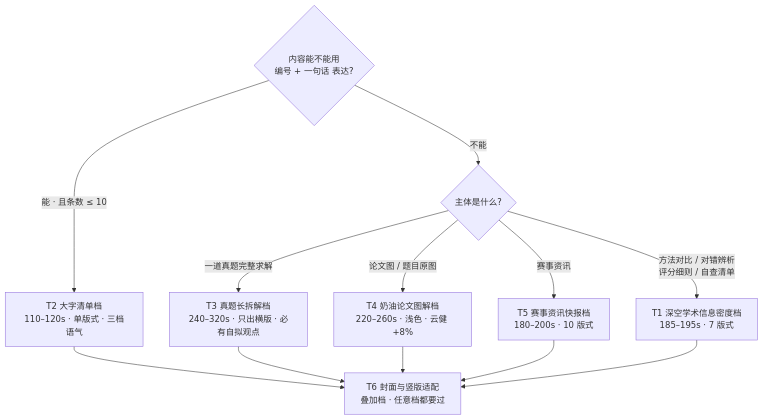
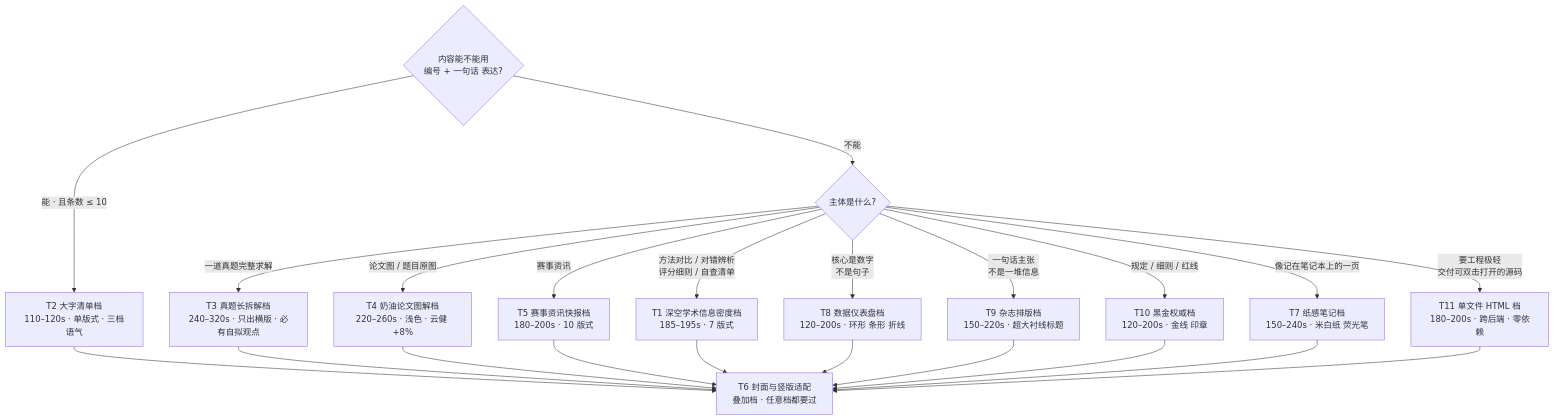
The third of 9 diagrams in docs/flowcharts.md (SpenBug/mcm-video-pipeline), drawn with Mermaid before and after one commit. The commit also changed other lines of this file and 27 other files, not shown here.

First line of the commit message:
feat: 新增 T11 单文件 HTML + GSAP 档（跨后端）+ 更新说明

````diff
--- a/docs/flowcharts.md
+++ b/docs/flowcharts.md
@@ -113,17 +117,27 @@
 ```mermaid
 flowchart TD
     Q0{"内容能不能用<br/>编号 + 一句话 表达?"}
     Q0 -->|"能 · 且条数 ≤ 10"| T2["T2 大字清单档<br/>110–120s · 单版式 · 三档语气"]
     Q0 -->|"不能"| Q1{"主体是什么?"}
 
     Q1 -->|"一道真题完整求解"| T3["T3 真题长拆解档<br/>240–320s · 只出横版 · 必有自拟观点"]
     Q1 -->|"论文图 / 题目原图"| T4["T4 奶油论文图解档<br/>220–260s · 浅色 · 云健 +8%"]
     Q1 -->|"赛事资讯"| T5["T5 赛事资讯快报档<br/>180–200s · 10 版式"]
     Q1 -->|"方法对比 / 对错辨析<br/>评分细则 / 自查清单"| T1["T1 深空学术信息密度档<br/>185–195s · 7 版式"]
+    Q1 -->|"核心是数字<br/>不是句子"| T8["T8 数据仪表盘档<br/>120–200s · 环形 条形 折线"]
+    Q1 -->|"一句话主张<br/>不是一堆信息"| T9["T9 杂志排版档<br/>150–220s · 超大衬线标题"]
+    Q1 -->|"规定 / 细则 / 红线"| T10["T10 黑金权威档<br/>120–200s · 金线 印章"]
+    Q1 -->|"像记在笔记本上的一页"| T7["T7 纸感笔记档<br/>150–240s · 米白纸 荧光笔"]
+    Q1 -->|"要工程极轻<br/>交付可双击打开的源码"| T11["T11 单文件 HTML 档<br/>180–200s · 跨后端 · 零依赖"]
 
     T1 --> T6["T6 封面与竖版适配<br/>叠加档 · 任意档都要过"]
     T2 --> T6
     T3 --> T6
     T4 --> T6
     T5 --> T6
+    T7 --> T6
+    T8 --> T6
+    T9 --> T6
+    T10 --> T6
+    T11 --> T6
 ```
````
